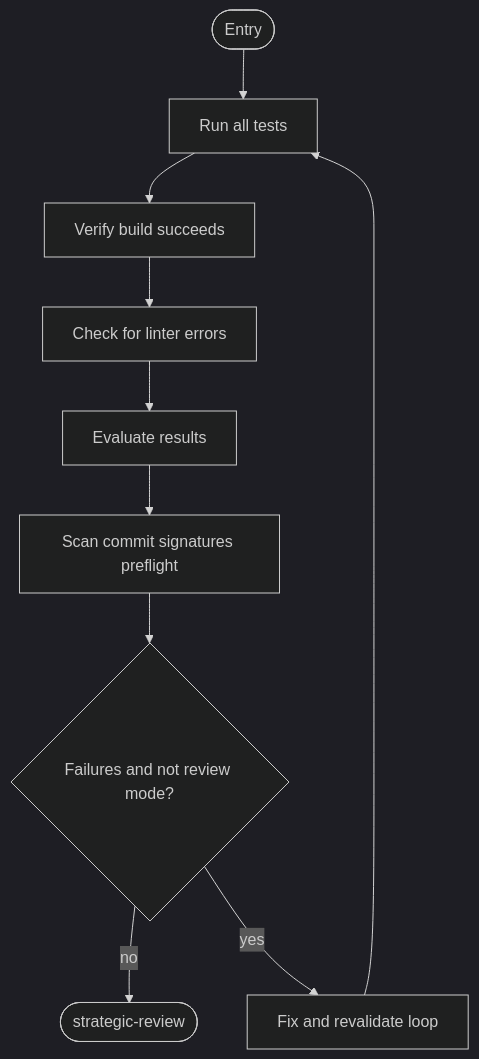
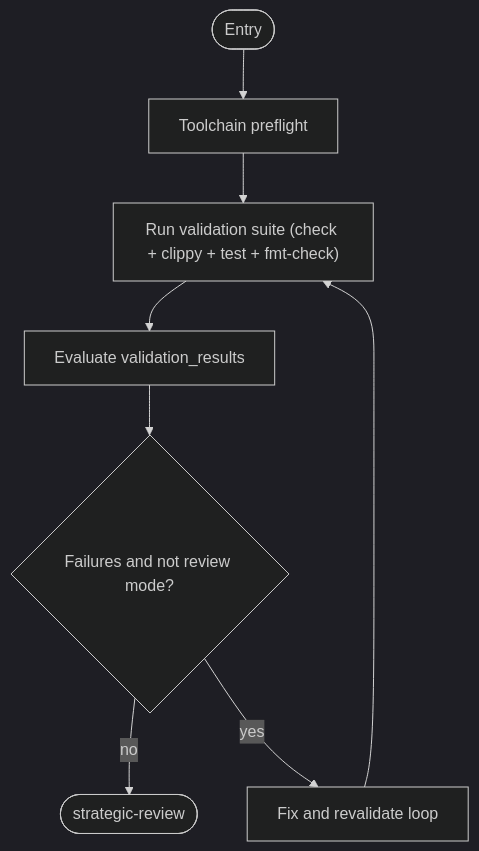
Before and after one commit to m2ux/workflow-server: diagram 11 of 14 in work-package/activities/README.md, drawn with Mermaid (dark theme). The commit also changed other lines of this file, not shown here.

````diff
--- a/work-package/activities/README.md
+++ b/work-package/activities/README.md
@@ -693,12 +701,10 @@
 ```mermaid
 graph TD
-    entryNode(["Entry"]) --> runTests["Run all tests"]
-    runTests --> verifyBuild["Verify build succeeds"]
-    verifyBuild --> checkLint["Check for linter errors"]
-    checkLint --> evaluateResults["Evaluate results"]
-    evaluateResults --> scanSigs["Scan commit signatures preflight"]
-    scanSigs --> fixBranch{"Failures and not review mode?"}
+    entryNode(["Entry"]) --> preflight["Toolchain preflight"]
+    preflight --> runSuite["Run validation suite (check + clippy + test + fmt-check)"]
+    runSuite --> evaluateResults["Evaluate validation_results"]
+    evaluateResults --> fixBranch{"Failures and not review mode?"}
     fixBranch -->|"no"| exitNode(["strategic-review"])
     fixBranch -->|"yes"| fixFailures["Fix and revalidate loop"]
-    fixFailures --> runTests
+    fixFailures --> runSuite
 ```
````
